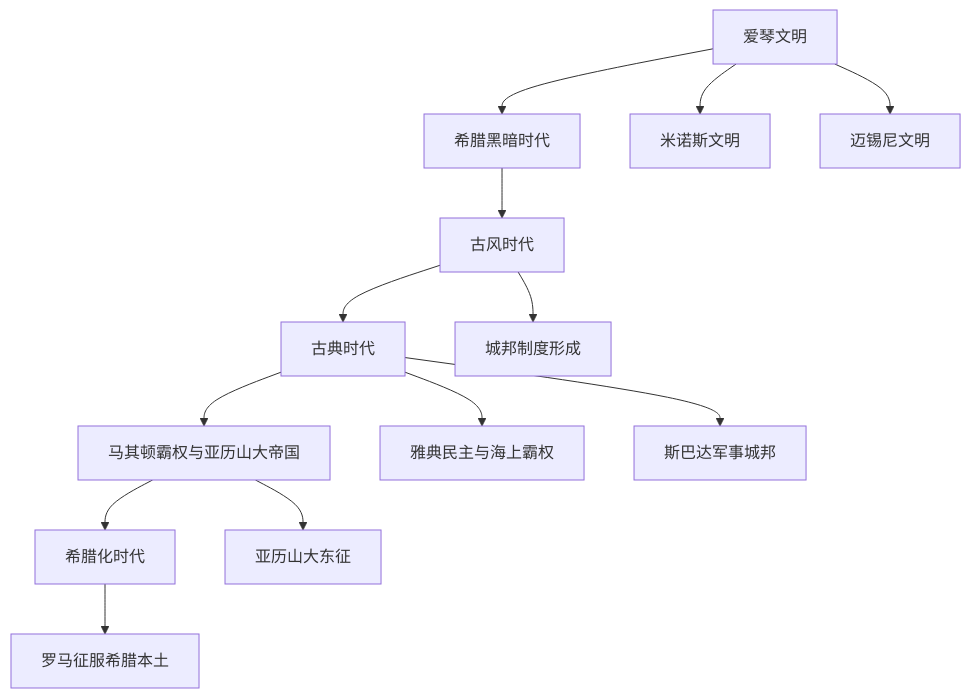
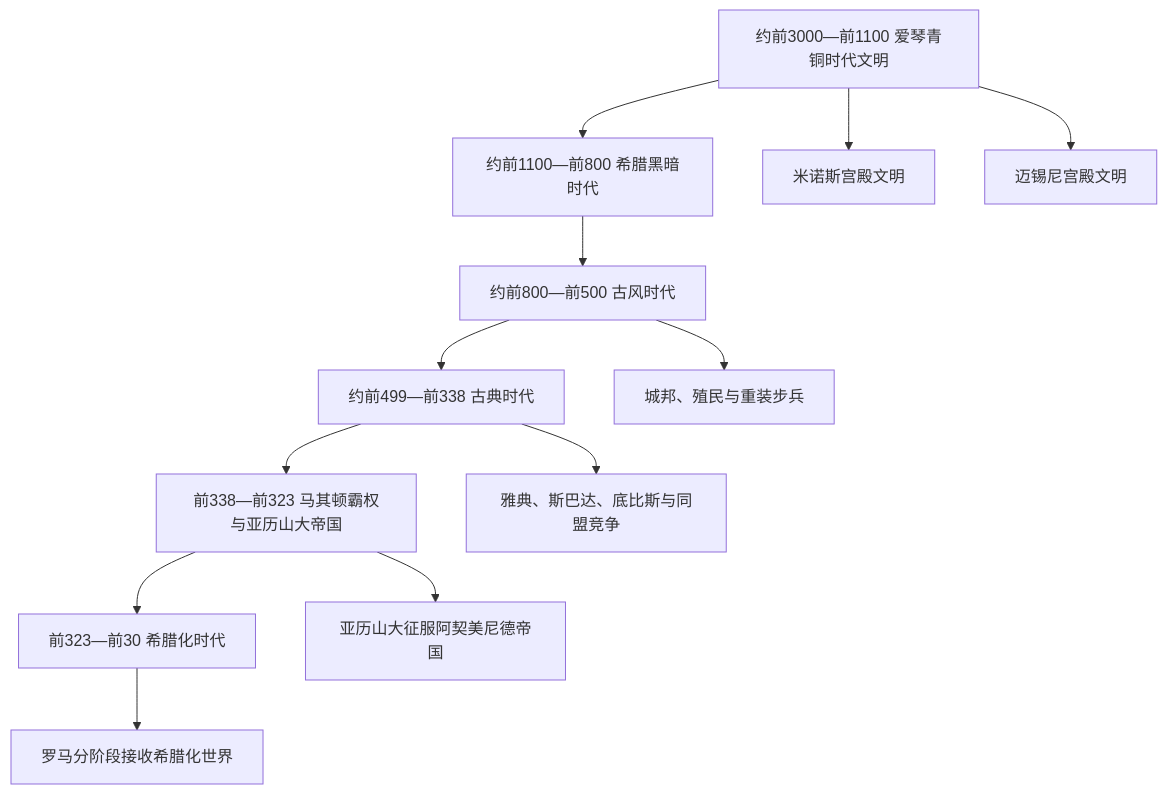
One commit to tianlan-dev/learning-notes changed the diagram in 人文科学/历史/欧洲/_通史/古希腊/README.md. Above: the diagram before and after it, drawn with Mermaid. The commit also changed other lines of this file and 1417 other files, not shown here.

````diff
--- a/人文科学/历史/欧洲/_通史/古希腊/README.md
+++ b/人文科学/历史/欧洲/_通史/古希腊/README.md
@@ -16,21 +17,14 @@
 ```mermaid
 flowchart TD
-    N0["爱琴文明"]
-    N1["希腊黑暗时代"]
-    N2["古风时代"]
-    N3["古典时代"]
-    N4["马其顿霸权与亚历山大帝国"]
-    N5["希腊化时代"]
-    N0 --> N1
-    N1 --> N2
-    N2 --> N3
-    N3 --> N4
-    N4 --> N5
-    N0 --> Minoan["米诺斯文明"]
-    N0 --> Mycenaean["迈锡尼文明"]
-    N2 --> Polis["城邦制度形成"]
-    N3 --> Athens["雅典民主与海上霸权"]
-    N3 --> Sparta["斯巴达军事城邦"]
-    N4 --> Alexander["亚历山大东征"]
-    N5 --> Rome["罗马征服希腊本土"]
+    Aegean["约前3000—前1100 爱琴青铜时代文明"] --> Dark["约前1100—前800 希腊黑暗时代"]
+    Dark --> Archaic["约前800—前500 古风时代"]
+    Archaic --> Classical["约前499—前338 古典时代"]
+    Classical --> Macedon["前338—前323 马其顿霸权与亚历山大帝国"]
+    Macedon --> Hellenistic["前323—前30 希腊化时代"]
+    Aegean --> Minoan["米诺斯宫殿文明"]
+    Aegean --> Mycenaean["迈锡尼宫殿文明"]
+    Archaic --> Polis["城邦、殖民与重装步兵"]
+    Classical --> Leagues["雅典、斯巴达、底比斯与同盟竞争"]
+    Macedon --> East["亚历山大征服阿契美尼德帝国"]
+    Hellenistic --> Rome["罗马分阶段接收希腊化世界"]
 ```
````
